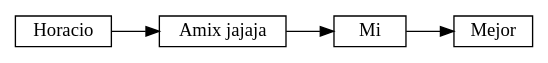
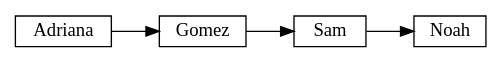
Before and after one commit to AdriGomez95/EDD_1S2020_PY1_201504236-master: the diagram in PreOrden.dot, drawn with Graphviz. The commit also changed 35 other files, not shown here.

```diff
--- a/PreOrden.dot
+++ b/PreOrden.dot
@@ -1,4 +1,4 @@
 digraph G{
 rankdir=LR;
 node [shape = record,height=.1];
-"Horacio"->"Amix jajaja"->"Mi"->"Mejor";}
+"Adriana"->"Gomez"->"Sam"->"Noah";}
```
